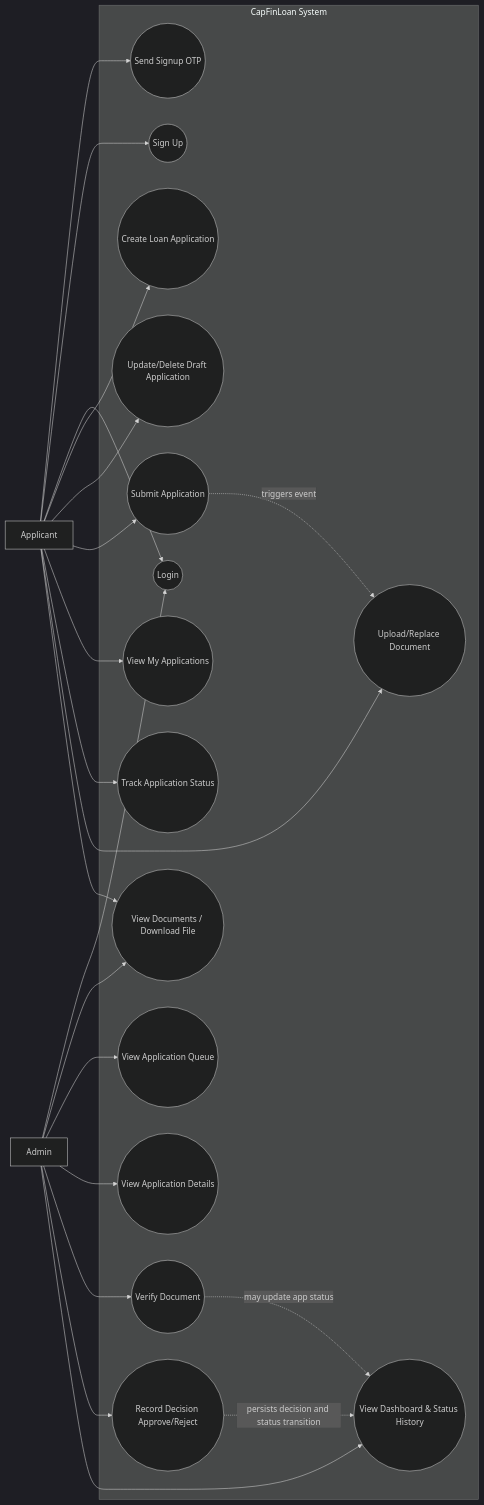
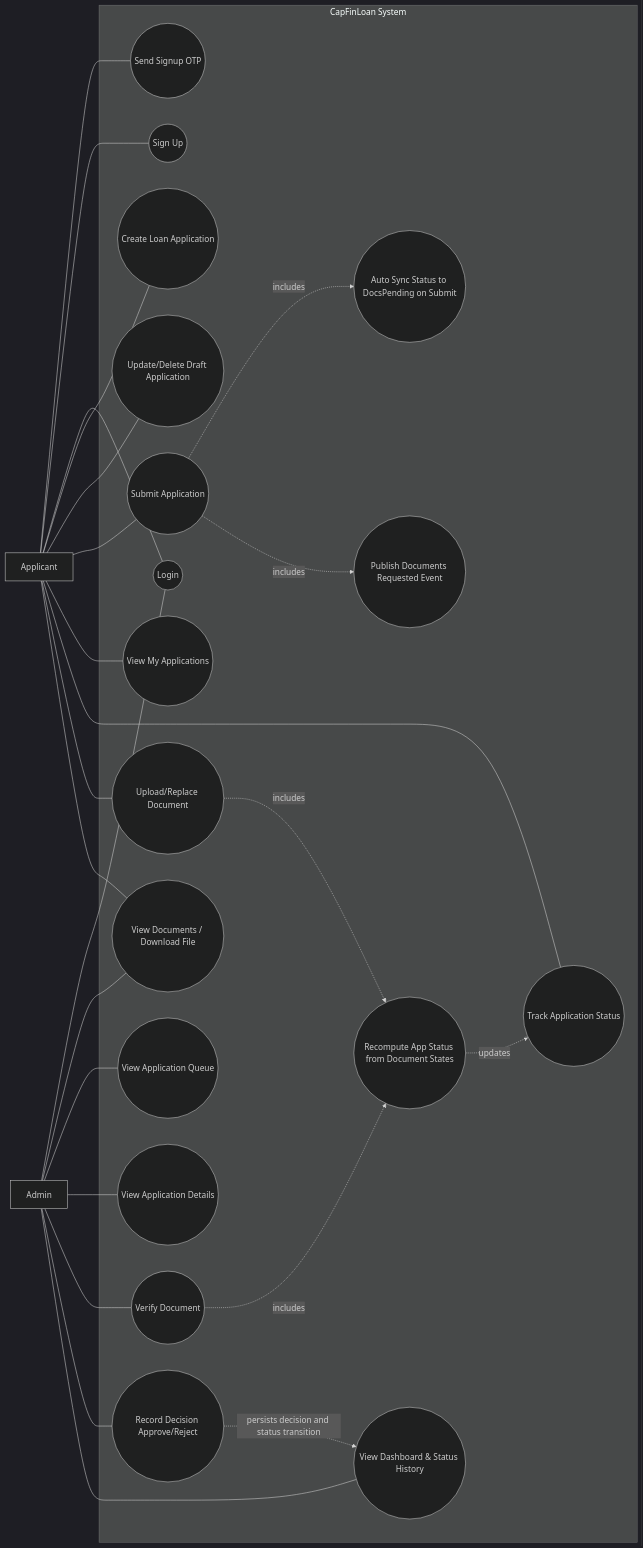
One commit to Harsha260419/FastTrack-CapFinLoan changed the second of 3 diagrams in Docs/architecture-usecase-ef-diagrams.md. Above: the diagram before and after it, drawn with Mermaid (dark theme). The commit also changed other lines of this file and 9 other files, not shown here.

````diff
--- a/Docs/architecture-usecase-ef-diagrams.md
+++ b/Docs/architecture-usecase-ef-diagrams.md
@@ -65,46 +65,52 @@
 ```mermaid
 flowchart LR
     AP[Applicant]
     AD[Admin]
 
     subgraph CAP[CapFinLoan System]
       UC1((Send Signup OTP))
       UC2((Sign Up))
       UC3((Login))
       UC4((Create Loan Application))
       UC5((Update/Delete Draft Application))
       UC6((Submit Application))
       UC7((View My Applications))
       UC8((Track Application Status))
       UC9((Upload/Replace Document))
       UC10((View Documents / Download File))
       UC11((View Application Queue))
       UC12((View Application Details))
       UC13((Verify Document))
       UC14((Record Decision Approve/Reject))
       UC15((View Dashboard & Status History))
+      UC16((Auto Sync Status to DocsPending on Submit))
+      UC17((Publish Documents Requested Event))
+      UC18((Recompute App Status from Document States))
     end
 
-    AP --> UC1
-    AP --> UC2
-    AP --> UC3
-    AP --> UC4
-    AP --> UC5
-    AP --> UC6
-    AP --> UC7
-    AP --> UC8
-    AP --> UC9
-    AP --> UC10
+    AP --- UC1
+    AP --- UC2
+    AP --- UC3
+    AP --- UC4
+    AP --- UC5
+    AP --- UC6
+    AP --- UC7
+    AP --- UC8
+    AP --- UC9
+    AP --- UC10
 
-    AD --> UC3
-    AD --> UC10
-    AD --> UC11
-    AD --> UC12
-    AD --> UC13
-    AD --> UC14
-    AD --> UC15
+    AD --- UC3
+    AD --- UC10
+    AD --- UC11
+    AD --- UC12
+    AD --- UC13
+    AD --- UC14
+    AD --- UC15
 
-    UC6 -. triggers event .-> UC9
-    UC13 -. may update app status .-> UC15
+    UC6 -. includes .-> UC16
+    UC6 -. includes .-> UC17
+    UC9 -. includes .-> UC18
+    UC13 -. includes .-> UC18
+    UC18 -. updates .-> UC8
     UC14 -. persists decision and status transition .-> UC15
 ```
````
